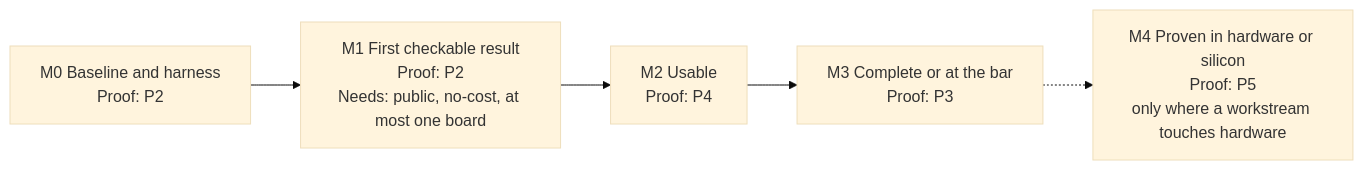
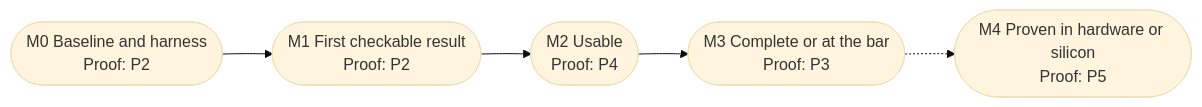
Before and after one commit to mithro/open-silicon-hitlist: the first of 4 diagrams in GUIDELINES.md, drawn with Mermaid (base theme). The commit also changed other lines of this file and 2 other files, not shown here.

````diff
--- a/GUIDELINES.md
+++ b/GUIDELINES.md
@@ -401,7 +401,7 @@
 ```mermaid
 flowchart LR
-  M0["M0 Baseline and harness<br/>Proof: P2"] --> M1["M1 First checkable result<br/>Proof: P2<br/>Needs: public, no-cost, at most one board"]
-  M1 --> M2["M2 Usable<br/>Proof: P4"]
-  M2 --> M3["M3 Complete or at the bar<br/>Proof: P3"]
-  M3 -.-> M4["M4 Proven in hardware or silicon<br/>Proof: P5<br/>only where a workstream touches hardware"]
+  M0(["M0 Baseline and harness<br/>Proof: P2"]) --> M1(["M1 First checkable result<br/>Proof: P2"])
+  M1 --> M2(["M2 Usable<br/>Proof: P4"])
+  M2 --> M3(["M3 Complete or at the bar<br/>Proof: P3"])
+  M3 -.-> M4(["M4 Proven in hardware or silicon<br/>Proof: P5"])
 ```
````
